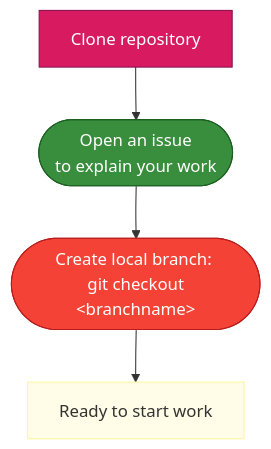
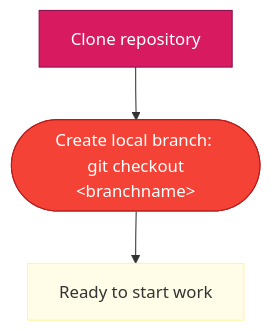
One commit to CABLE-LSM/CABLE changed the second of 4 diagrams in documentation/docs/developer_guide/contribution_flowchart.md. Above: the diagram before and after it, drawn with Mermaid. The commit also changed other lines of this file, not shown here.

````diff
--- a/documentation/docs/developer_guide/contribution_flowchart.md
+++ b/documentation/docs/developer_guide/contribution_flowchart.md
@@ -60,20 +60,19 @@
 ```mermaid
    flowchart TB
 
       %% Define all the nodes first
       clone[Clone repository]:::uniq ;
-      issue([Open an issue <br> to explain your work]):::github;
       locbranch(["Create local branch: <br> git checkout &lt;branchname&gt;"]):::term;
       work[Ready to start work];
 
-      clone --> issue --> locbranch--> work;
+      clone --> locbranch--> work;
 
       classDef default fill:#FFFDE7, stroke:#FFF59D;
       classDef uniq fill:#D81B60,stroke:#880E4F,color:#FFFFFF;
       classDef github fill:#388E3C,stroke:#1B5E20,color:#FFFFFF;
       classDef term fill:#F44336,stroke:#B71C1C,color:#FFFFFF;
       classDef question fill:#6D4C41,stroke:#3E2723,color:#FFFFFF; 
 
       click work "https://cable.readthedocs.io/en/latest/developer_guide/contribution_flowchart/#do-and-record-your-work" "Doing work flowchart"
 ;
 ```
````
